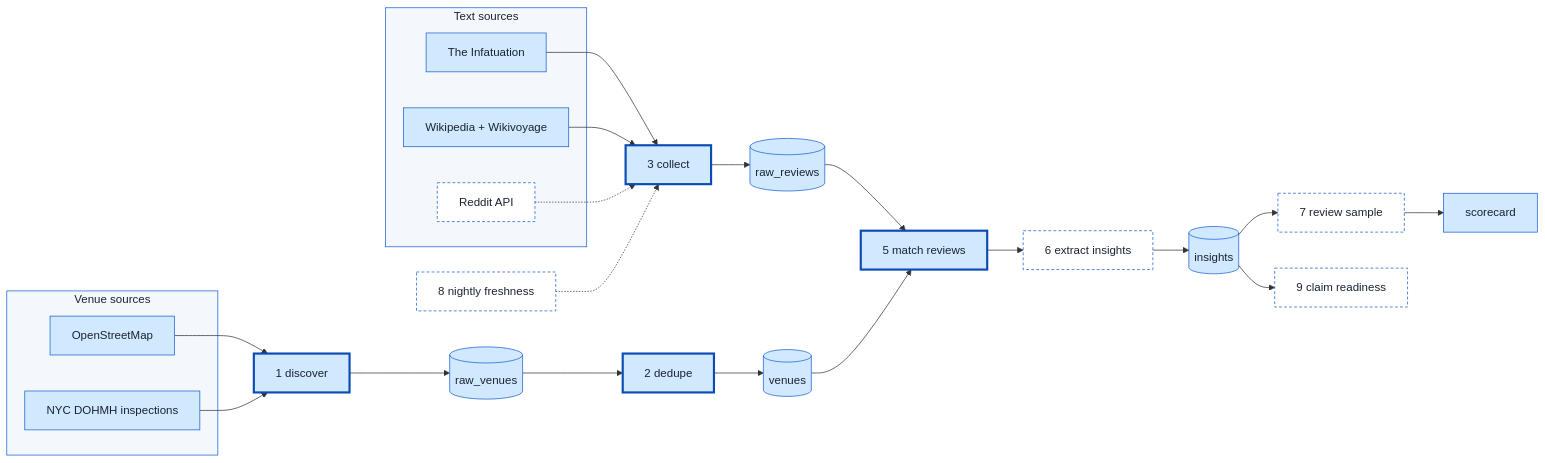
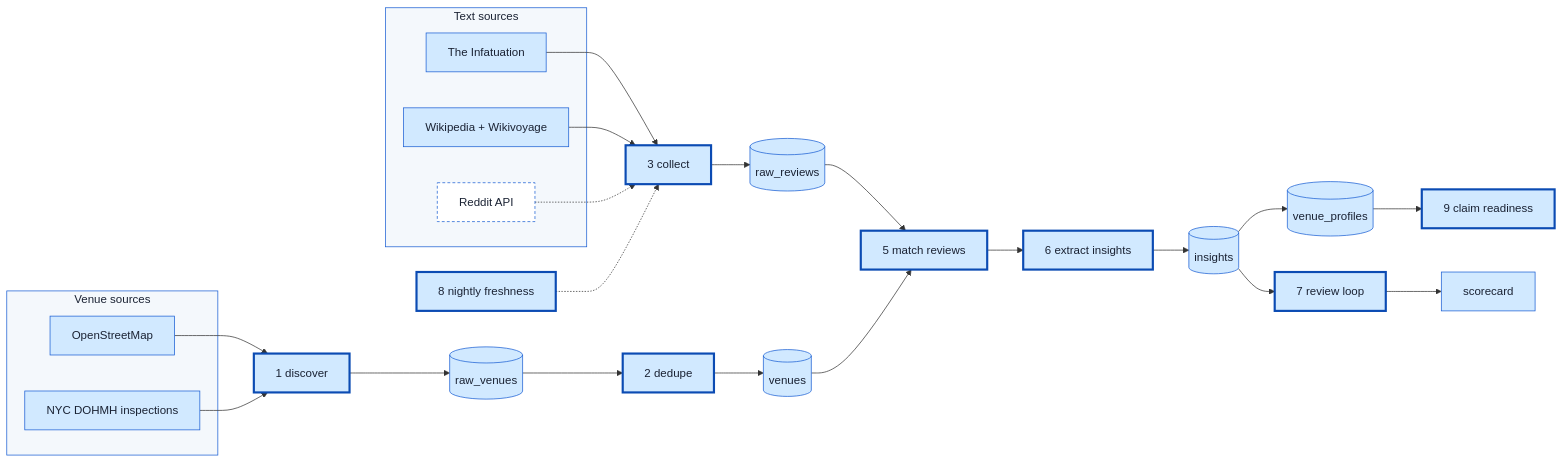
Before and after one commit to selwyntarr/reviews-scraping-pipeline: the diagram in PIPELINE.md, drawn with Mermaid. The commit also changed other lines of this file and 5 other files, not shown here.

Commit message:
feat(pipeline): freshness with per-source TTLs, claim readiness scoring and venue_profiles view

````diff
--- a/PIPELINE.md
+++ b/PIPELINE.md
@@ -12,38 +12,39 @@
 ```mermaid
 flowchart LR
   classDef n fill:#d1e9ff,stroke:#175cd3,color:#1a2233
   classDef done fill:#d1e9ff,stroke:#0b4bb3,stroke-width:3px,color:#1a2233
   classDef todo fill:#ffffff,stroke:#175cd3,stroke-dasharray:4 3,color:#1a2233
 
   subgraph S1[Venue sources]
     OSM[OpenStreetMap]:::n
     DOH[NYC DOHMH inspections]:::n
   end
   subgraph S2[Text sources]
     INF[The Infatuation]:::n
     WP[Wikipedia + Wikivoyage]:::n
     RD[Reddit API]:::todo
   end
 
   OSM --> D1[1 discover]:::done
   DOH --> D1
   D1 --> RV[(raw_venues)]:::n
   RV --> D2[2 dedupe]:::done
   D2 --> V[(venues)]:::n
 
   INF --> D3[3 collect]:::done
   WP --> D3
   RD -.-> D3
   D3 --> RR[(raw_reviews)]:::n
 
   RR --> D4[5 match reviews]:::done
   V --> D4
-  D4 --> D6[6 extract insights]:::todo
+  D4 --> D6[6 extract insights]:::done
   D6 --> I[(insights)]:::n
-  I --> D7[7 review sample]:::todo
+  I --> VP[(venue_profiles)]:::n
+  I --> D7[7 review loop]:::done
   D7 --> SC[scorecard]:::n
-  I --> D9[9 claim readiness]:::todo
-  D8[8 nightly freshness]:::todo -.-> D3
+  VP --> D9[9 claim readiness]:::done
+  D8[8 nightly freshness]:::done -.-> D3
   style S1 fill:#f4f8fc,stroke:#175cd3,color:#1a2233
   style S2 fill:#f4f8fc,stroke:#175cd3,color:#1a2233
 ```
````
